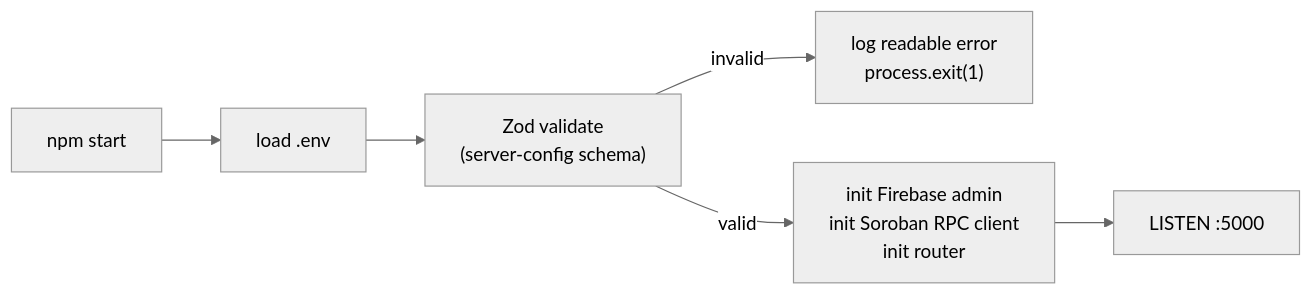
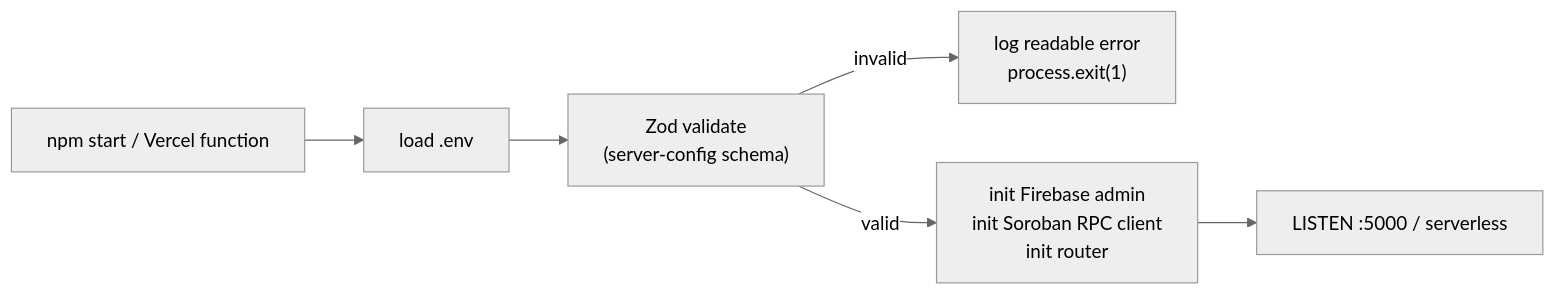
One commit to nishant-uxs/krydo-stellar changed diagram 25 of 26 in DOCUMENTATION.md. Above: the diagram before and after it, drawn with Mermaid (neutral theme). The commit also changed other lines of this file and 2 other files, not shown here.

Commit message:
Align README and docs with wallet-signed Soroban flows.

````diff
--- a/DOCUMENTATION.md
+++ b/DOCUMENTATION.md
@@ -877,8 +883,8 @@
 ```mermaid
 flowchart LR
-    BOOT["npm start"] --> LOAD["load .env"]
+    BOOT["npm start / Vercel function"] --> LOAD["load .env"]
     LOAD --> ZOD["Zod validate<br/>(server-config schema)"]
     ZOD -- "invalid" --> FAIL["log readable error<br/>process.exit(1)"]
     ZOD -- "valid" --> INIT["init Firebase admin<br/>init Soroban RPC client<br/>init router"]
-    INIT --> READY["LISTEN :5000"]
+    INIT --> READY["LISTEN :5000 / serverless"]
 ```
````
